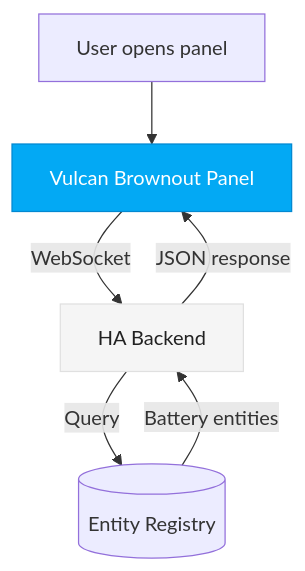
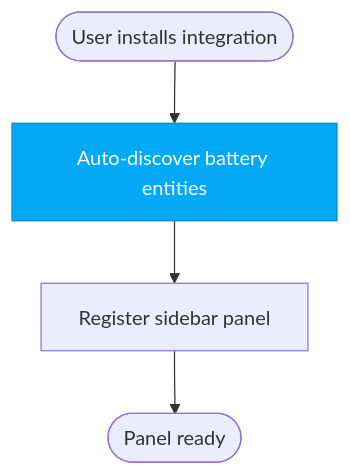
One commit to declanshanaghy/vulcan-brownout changed the second of 6 diagrams in vulcan-brownout-team/ux-designer/ux-assets/mermaid-style-guide.md. Above: the diagram before and after it, drawn with Mermaid. The commit also changed other lines of this file and 77 other files, not shown here.

````diff
--- a/vulcan-brownout-team/ux-designer/ux-assets/mermaid-style-guide.md
+++ b/vulcan-brownout-team/ux-designer/ux-assets/mermaid-style-guide.md
@@ -51,14 +50,10 @@
 ```mermaid
 graph TD
     classDef primary fill:#03A9F4,stroke:#0288D1,color:#FFF
-    classDef neutral fill:#F5F5F5,stroke:#E0E0E0,color:#212121
 
-    user[User opens panel] --> panel[Vulcan Brownout Panel]
-    panel -->|WebSocket| backend[HA Backend]
-    backend -->|Query| entities[(Entity Registry)]
-    entities -->|Battery entities| backend
-    backend -->|JSON response| panel
+    install([User installs integration]) --> discover[Auto-discover battery entities]
+    discover --> panel[Register sidebar panel]
+    panel --> ready([Panel ready])
 
-    class panel primary
-    class backend neutral
+    class discover primary
 ```
````
